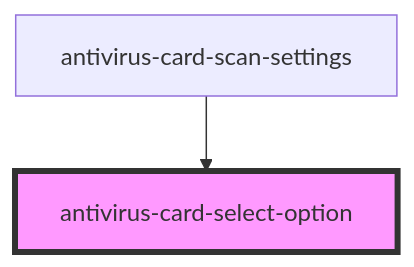
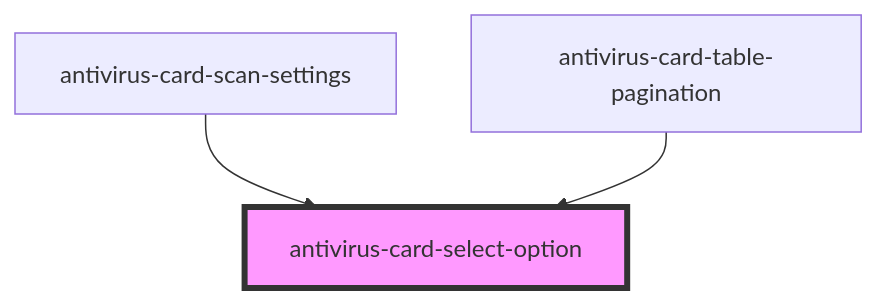
Before and after one commit to ispsystem/plugin-imunify: the diagram in client/packages/antivirus-card/src/components/select-option/readme.md, drawn with Mermaid. The commit also changed other lines of this file and 23 other files, not shown here.

First line of the commit message:
feat(antivirus-card): 🌟 add pagination

````diff
--- a/client/packages/antivirus-card/src/components/select-option/readme.md
+++ b/client/packages/antivirus-card/src/components/select-option/readme.md
@@ -30,5 +31,6 @@
 ```mermaid
 graph TD;
   antivirus-card-scan-settings --> antivirus-card-select-option
+  antivirus-card-table-pagination --> antivirus-card-select-option
   style antivirus-card-select-option fill:#f9f,stroke:#333,stroke-width:4px
 ```
````
